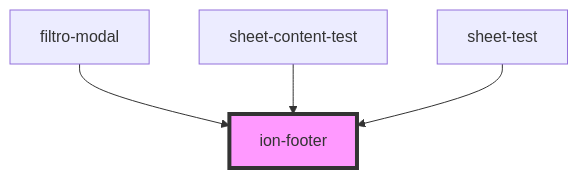
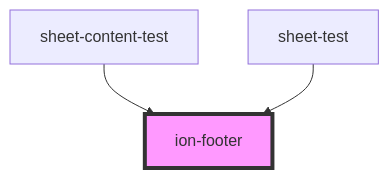
Before and after one commit to MEDGRUPOGIT/ionic-framework-1: the diagram in core/src/components/footer/readme.md, drawn with Mermaid. The commit also changed other lines of this file and 486 other files, not shown here.

````diff
--- a/core/src/components/footer/readme.md
+++ b/core/src/components/footer/readme.md
@@ -139,7 +138,6 @@
 ```mermaid
 graph TD;
-  filtro-modal --> ion-footer
   sheet-content-test --> ion-footer
   sheet-test --> ion-footer
   style ion-footer fill:#f9f,stroke:#333,stroke-width:4px
 ```
````
